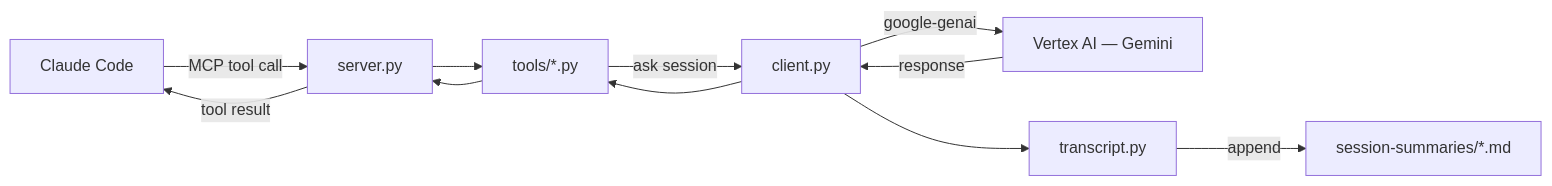
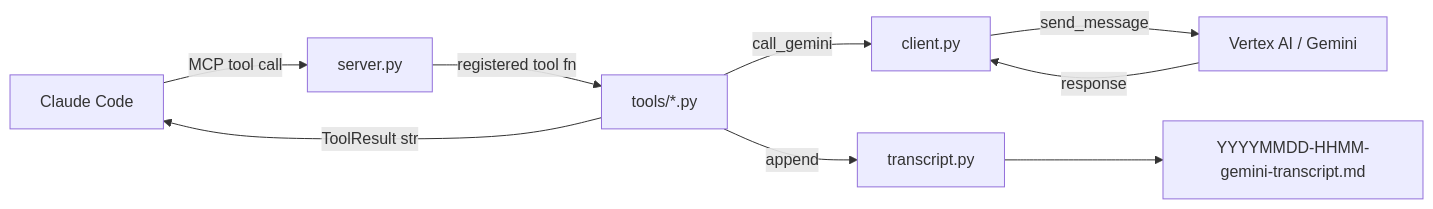
Before and after one commit to PCS-LAB-ORG/gemini-bridge: the diagram in README.md, drawn with Mermaid. The commit also changed other lines of this file and 8 other files, not shown here.

````diff
--- a/README.md
+++ b/README.md
@@ -123,13 +115,11 @@
 ```mermaid
 flowchart LR
     CC[Claude Code] -->|MCP tool call| S[server.py]
-    S --> T[tools/*.py]
-    T -->|ask session| C[client.py]
-    C -->|google-genai| V[Vertex AI — Gemini]
+    S -->|registered tool fn| T[tools/*.py]
+    T -->|call_gemini| C[client.py]
+    C -->|send_message| V[Vertex AI / Gemini]
     V -->|response| C
-    C --> TR[transcript.py]
-    TR -->|append| F[session-summaries/*.md]
-    C --> T
-    T --> S
-    S -->|tool result| CC
+    T -->|append| TX[transcript.py]
+    TX --> F[YYYYMMDD-HHMM-gemini-transcript.md]
+    T -->|ToolResult str| CC
 ```
````
